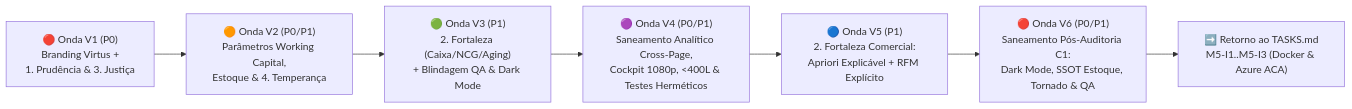
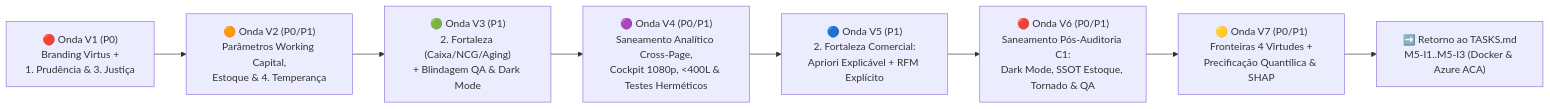
The diagram in TASKS_REFACTORY.md (DemetrioFim/kyberna), drawn with Mermaid before and after one commit. The commit also changed other lines of this file and 29 other files, not shown here.

````diff
--- a/TASKS_REFACTORY.md
+++ b/TASKS_REFACTORY.md
@@ -22,9 +22,10 @@
 ```mermaid
 flowchart LR
     V1["🔴 Onda V1 (P0)<br/>Branding Virtus +<br/>1. Prudência & 3. Justiça"] --> V2["🟠 Onda V2 (P0/P1)<br/>Parâmetros Working Capital,<br/>Estoque & 4. Temperança"]
     V2 --> V3["🟢 Onda V3 (P1)<br/>2. Fortaleza (Caixa/NCG/Aging)<br/>+ Blindagem QA & Dark Mode"]
     V3 --> V4["🟣 Onda V4 (P0/P1)<br/>Saneamento Analítico Cross-Page,<br/>Cockpit 1080p, <400L & Testes Herméticos"]
     V4 --> V5["🔵 Onda V5 (P1)<br/>2. Fortaleza Comercial:<br/>Apriori Explicável + RFM Explícito"]
     V5 --> V6["🔴 Onda V6 (P0/P1)<br/>Saneamento Pós-Auditoria C1:<br/>Dark Mode, SSOT Estoque, Tornado & QA"]
-    V6 --> M5I["➡️ Retorno ao TASKS.md<br/>M5-I1..M5-I3 (Docker & Azure ACA)"]
+    V6 --> V7["🟡 Onda V7 (P0/P1)<br/>Fronteiras 4 Virtudes +<br/>Precificação Quantílica & SHAP"]
+    V7 --> M5I["➡️ Retorno ao TASKS.md<br/>M5-I1..M5-I3 (Docker & Azure ACA)"]
 ```
````
